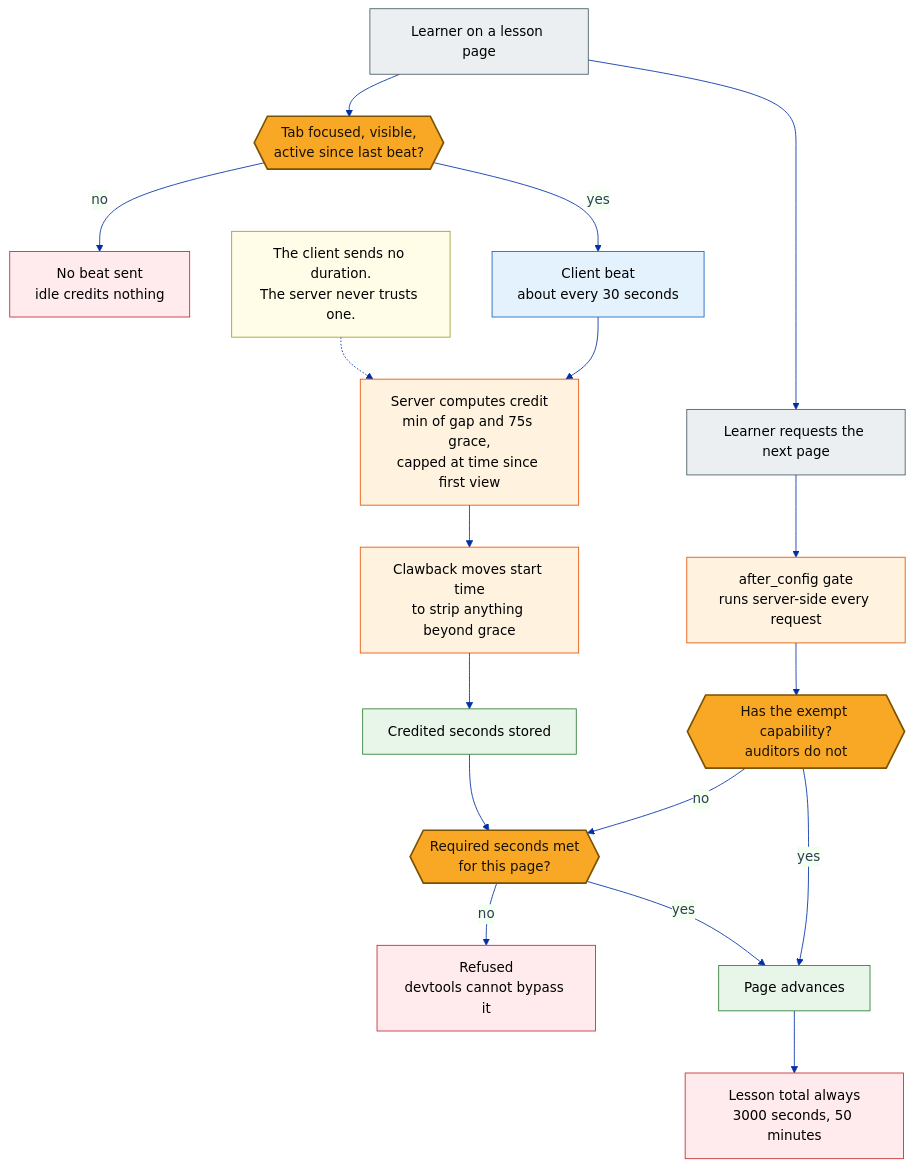
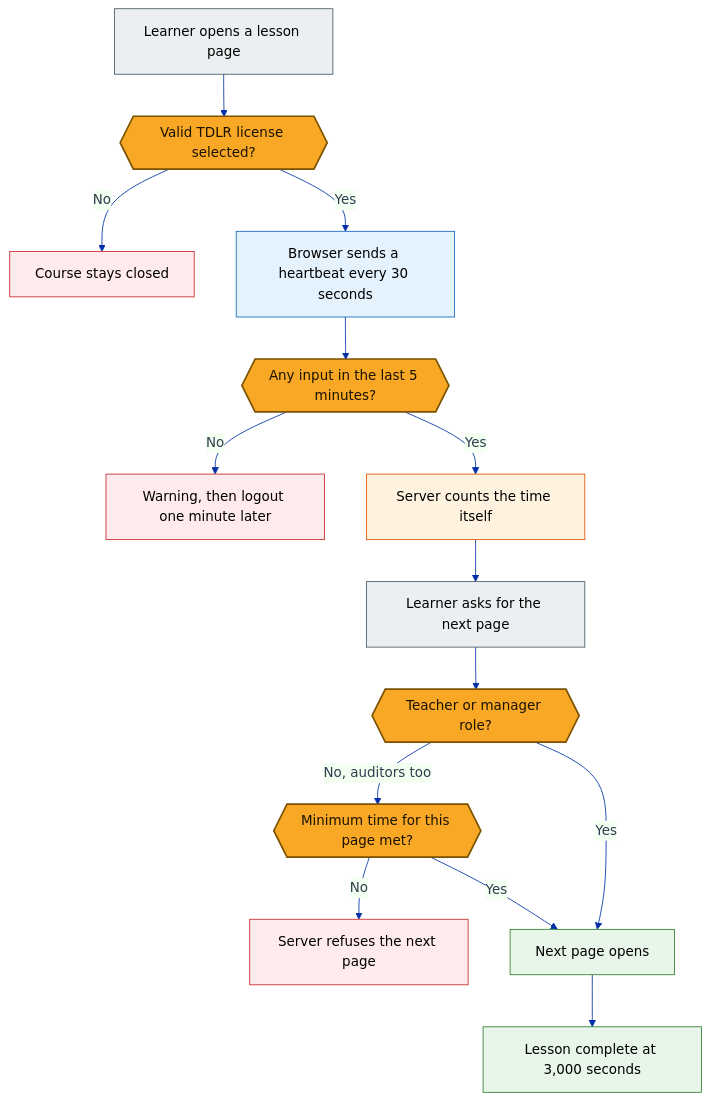
The diagram in diagrams/dwell-gate.mmd (mmentzerhernandez/global_experience), drawn with Mermaid before and after one commit. The commit also changed 16 other files, not shown here.

First line of the commit message:
Business page: update to 08 Nov 2026, merge CourseFactory into panel 3, new diagrams

```diff
--- a/diagrams/dwell-gate.mmd
+++ b/diagrams/dwell-gate.mmd
@@ -1,58 +1,45 @@
 ---
 config:
   theme: base
   themeVariables:
     primaryColor: "#f0f3ff"
     primaryBorderColor: "#002fa7"
     primaryTextColor: "#2c3e50"
     lineColor: "#002fa7"
     fontFamily: "-apple-system,BlinkMacSystemFont,Segoe UI,Roboto,sans-serif"
 ---
 flowchart TD
-    LEARNER["Learner on a lesson page"]:::people
+    LEARNER["Learner opens a lesson page"]:::people
+    LIC{{"Valid TDLR license selected?"}}:::gate
+    LICNO["Course stays closed"]:::refuse
+    BEAT["Browser sends a heartbeat every 30 seconds"]:::access
+    IDLE{{"Any input in the last 5 minutes?"}}:::gate
+    WARN["Warning, then logout one minute later"]:::refuse
+    CREDIT["Server counts the time itself"]:::enforce
+    NAV["Learner asks for the next page"]:::people
+    EXEMPT{{"Teacher or manager role?"}}:::gate
+    MET{{"Minimum time for this page met?"}}:::gate
+    REFUSE["Server refuses the next page"]:::refuse
+    ADVANCE["Next page opens"]:::course
+    DONE["Lesson complete at 3,000 seconds"]:::course
 
-    FOCUS{{"Tab focused, visible,<br/>active since last beat?"}}:::gate
-    SILENT["No beat sent<br/>idle credits nothing"]:::refuse
-    BEAT["Client beat<br/>about every 30 seconds"]:::access
-
-    NOTE["The client sends no duration.<br/>The server never trusts one."]:::note
-
-    CREDIT["Server computes credit<br/>min of gap and 75s grace,<br/>capped at time since first view"]:::enforce
-    CLAW["Clawback moves start time<br/>to strip anything beyond grace"]:::enforce
-    STORE["Credited seconds stored"]:::course
-
-    NAV["Learner requests the next page"]:::people
-    HOOK["after_config gate<br/>runs server-side every request"]:::enforce
-    EXEMPT{{"Has the exempt capability?<br/>auditors do not"}}:::gate
-    MET{{"Required seconds met<br/>for this page?"}}:::gate
-    REFUSE["Refused<br/>devtools cannot bypass it"]:::refuse
-    ADVANCE["Page advances"]:::course
-
-    DONE["Lesson total always<br/>3000 seconds, 50 minutes"]:::report
-
-    LEARNER --> FOCUS
-    FOCUS -->|"no"| SILENT
-    FOCUS -->|"yes"| BEAT
-    BEAT --> CREDIT
-    CREDIT --> CLAW
-    CLAW --> STORE
-    NOTE -.-> CREDIT
-
-    LEARNER --> NAV
-    NAV --> HOOK
-    HOOK --> EXEMPT
-    EXEMPT -->|"yes"| ADVANCE
-    EXEMPT -->|"no"| MET
-    MET -->|"no"| REFUSE
-    MET -->|"yes"| ADVANCE
-    STORE --> MET
+    LEARNER --> LIC
+    LIC -->|"No"| LICNO
+    LIC -->|"Yes"| BEAT
+    BEAT --> IDLE
+    IDLE -->|"No"| WARN
+    IDLE -->|"Yes"| CREDIT
+    CREDIT --> NAV
+    NAV --> EXEMPT
+    EXEMPT -->|"Yes"| ADVANCE
+    EXEMPT -->|"No, auditors too"| MET
+    MET -->|"No"| REFUSE
+    MET -->|"Yes"| ADVANCE
     ADVANCE --> DONE
 
     classDef people fill:#ECEFF1,stroke:#455A64,color:#000000
     classDef access fill:#E3F2FD,stroke:#1565C0,color:#000000
     classDef course fill:#E8F5E9,stroke:#2E7D32,color:#000000
     classDef enforce fill:#FFF3E0,stroke:#E65100,color:#000000
-    classDef report fill:#FFEBEE,stroke:#C62828,color:#000000
     classDef refuse fill:#FFEBEE,stroke:#C62828,color:#000000
     classDef gate fill:#F9A825,stroke:#7A5200,color:#1A1200,stroke-width:2px
-    classDef note fill:#FFFDE7,stroke:#9E9D24,color:#000000
```
